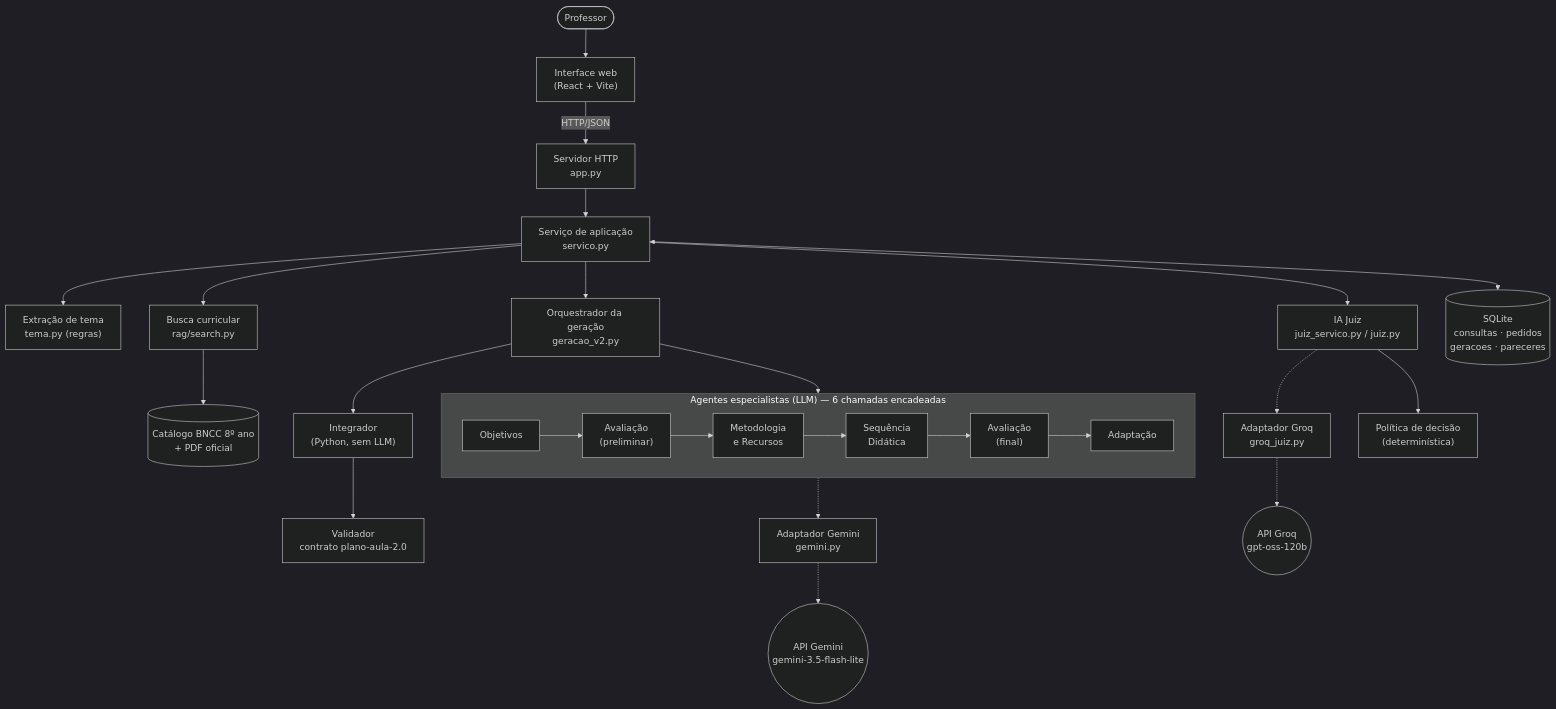
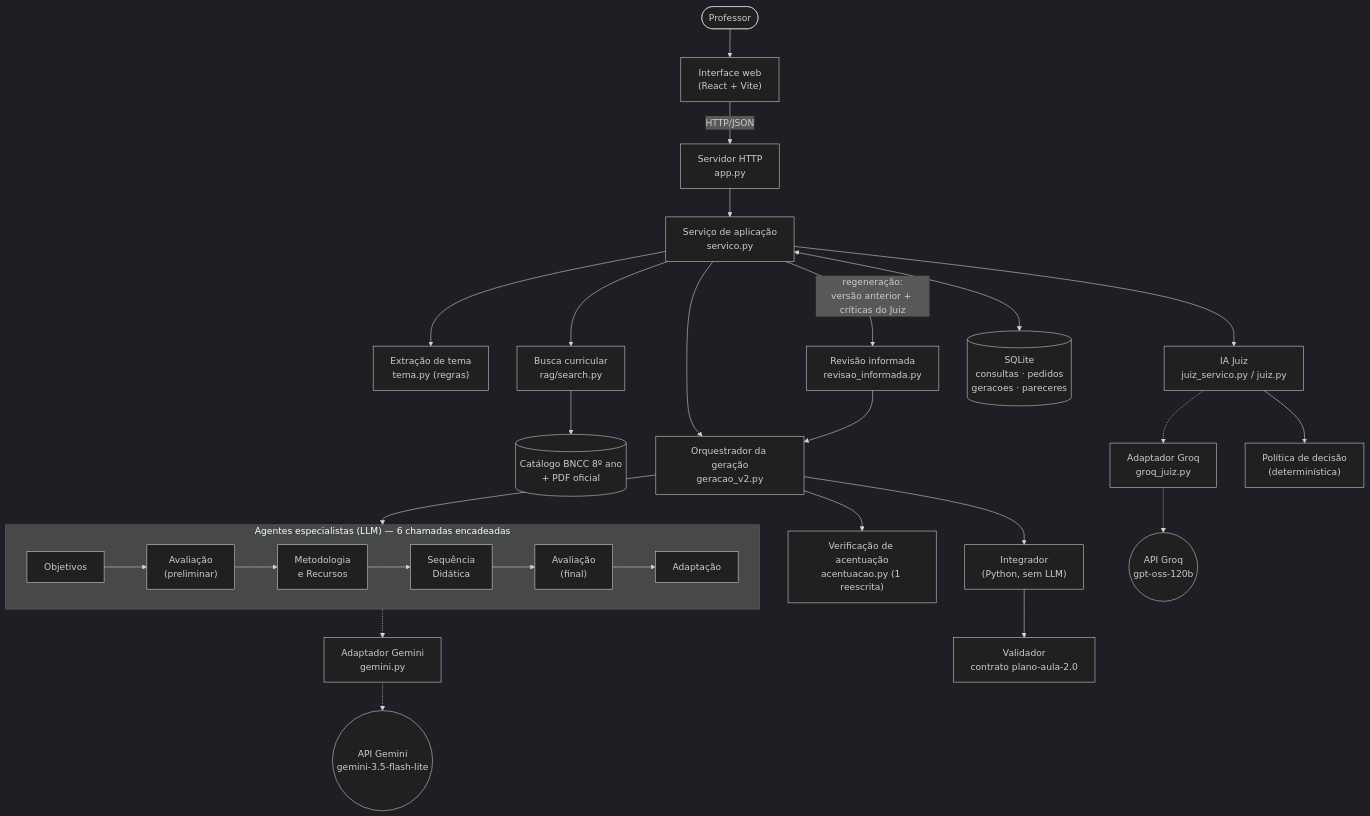
Before and after one commit to Carneiro-Joao/tcc-plataforma-multiagente: the diagram in docs/diagramas/final/componentes.mmd, drawn with Mermaid (dark theme). The commit also changed 5 other files, not shown here.

First line of the commit message:
docs(diagramas): componentes com revisao informada e verificacao de acentuacao; SVGs de atividades e sequencia regenerados

```diff
--- a/docs/diagramas/final/componentes.mmd
+++ b/docs/diagramas/final/componentes.mmd
@@ -1,22 +1,25 @@
 flowchart TB
     P(["Professor"]) --> UI["Interface web<br/>(React + Vite)"]
     UI -->|"HTTP/JSON"| API["Servidor HTTP<br/>app.py"]
     API --> SV["Serviço de aplicação<br/>servico.py"]
     SV --> TEMA["Extração de tema<br/>tema.py (regras)"]
     SV --> RAG["Busca curricular<br/>rag/search.py"]
     RAG --> CAT[("Catálogo BNCC 8º ano<br/>+ PDF oficial")]
     SV --> ORQ["Orquestrador da geração<br/>geracao_v2.py"]
+    SV -->|"regeneração:<br/>versão anterior + críticas do Juiz"| REV["Revisão informada<br/>revisao_informada.py"]
+    REV --> ORQ
+    ORQ --> ACE["Verificação de acentuação<br/>acentuacao.py (1 reescrita)"]
     subgraph ESP["Agentes especialistas (LLM) — 6 chamadas encadeadas"]
         direction LR
         A1["Objetivos"] --> A2["Avaliação<br/>(preliminar)"] --> A3["Metodologia<br/>e Recursos"] --> A4["Sequência<br/>Didática"] --> A5["Avaliação<br/>(final)"] --> A6["Adaptação"]
     end
     ORQ --> ESP
     ESP -.-> GEM["Adaptador Gemini<br/>gemini.py"]
     GEM -.-> GAPI(("API Gemini<br/>gemini-3.5-flash-lite"))
     ORQ --> INT["Integrador<br/>(Python, sem LLM)"]
     INT --> VAL["Validador<br/>contrato plano-aula-2.0"]
     SV --> JUIZ["IA Juiz<br/>juiz_servico.py / juiz.py"]
     JUIZ -.-> GROQ["Adaptador Groq<br/>groq_juiz.py"]
     GROQ -.-> GRAPI(("API Groq<br/>gpt-oss-120b"))
     JUIZ --> POL["Política de decisão<br/>(determinística)"]
     SV <--> DB[("SQLite<br/>consultas · pedidos<br/>geracoes · pareceres")]
```
